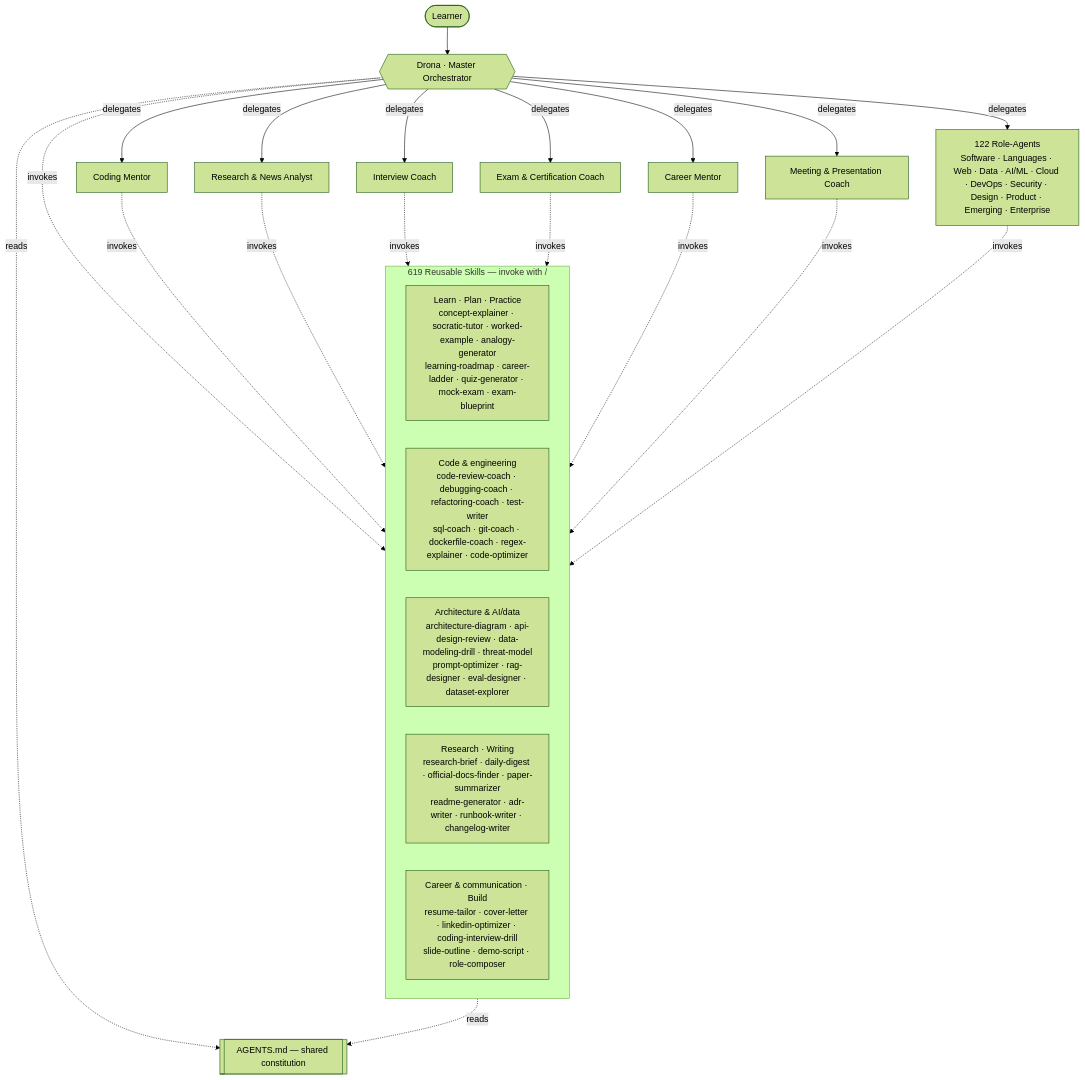
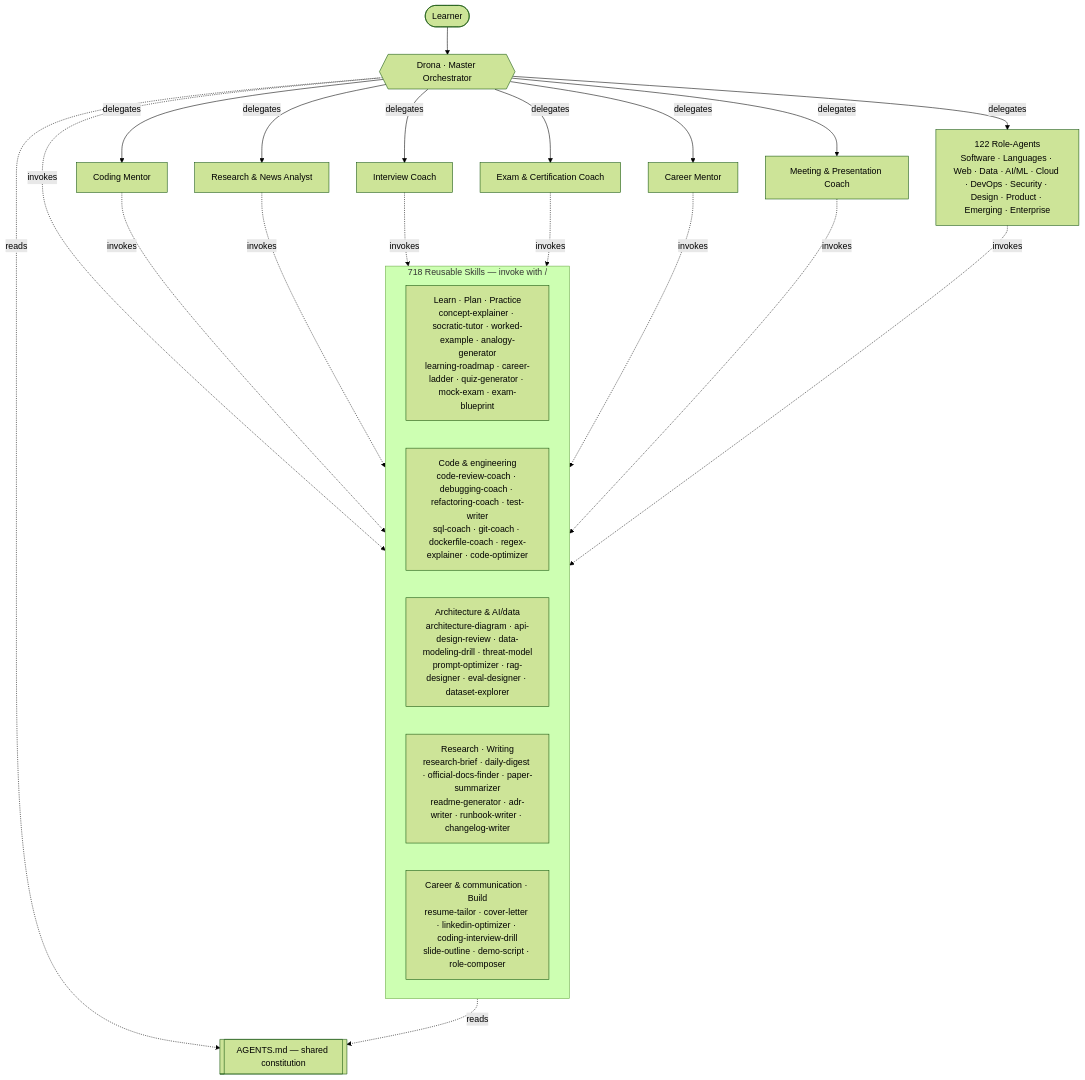
Before and after one commit to ArasaniRohithReddy/LearningOS: the diagram in README.md, drawn with Mermaid (forest theme). The commit also changed other lines of this file and 114 other files, not shown here.

````diff
--- a/README.md
+++ b/README.md
@@ -51,32 +51,32 @@
 ```mermaid
 flowchart TD
     U([Learner]) --> D{{Drona · Master Orchestrator}}
 
     D -->|delegates| CM[Coding Mentor]
     D -->|delegates| RN[Research & News Analyst]
     D -->|delegates| IC[Interview Coach]
     D -->|delegates| EC[Exam & Certification Coach]
     D -->|delegates| CA[Career Mentor]
     D -->|delegates| MP[Meeting & Presentation Coach]
     D -->|delegates| RO["122 Role-Agents<br/>Software · Languages · Web · Data · AI/ML · Cloud · DevOps · Security · Design · Product · Emerging · Enterprise"]
 
-    subgraph Skills["619 Reusable Skills — invoke with /"]
+    subgraph Skills["718 Reusable Skills — invoke with /"]
       S1["Learn · Plan · Practice<br/>concept-explainer · socratic-tutor · worked-example · analogy-generator<br/>learning-roadmap · career-ladder · quiz-generator · mock-exam · exam-blueprint"]
       S2["Code & engineering<br/>code-review-coach · debugging-coach · refactoring-coach · test-writer<br/>sql-coach · git-coach · dockerfile-coach · regex-explainer · code-optimizer"]
       S3["Architecture & AI/data<br/>architecture-diagram · api-design-review · data-modeling-drill · threat-model<br/>prompt-optimizer · rag-designer · eval-designer · dataset-explorer"]
       S4["Research · Writing<br/>research-brief · daily-digest · official-docs-finder · paper-summarizer<br/>readme-generator · adr-writer · runbook-writer · changelog-writer"]
       S5["Career & communication · Build<br/>resume-tailor · cover-letter · linkedin-optimizer · coding-interview-drill<br/>slide-outline · demo-script · role-composer"]
     end
 
     D -.invokes.-> Skills
     CM -.invokes.-> Skills
     RN -.invokes.-> Skills
     IC -.invokes.-> Skills
     EC -.invokes.-> Skills
     CA -.invokes.-> Skills
     MP -.invokes.-> Skills
     RO -.invokes.-> Skills
 
     Skills -.reads.-> AG[[AGENTS.md — shared constitution]]
     D -.reads.-> AG
 ```
````
